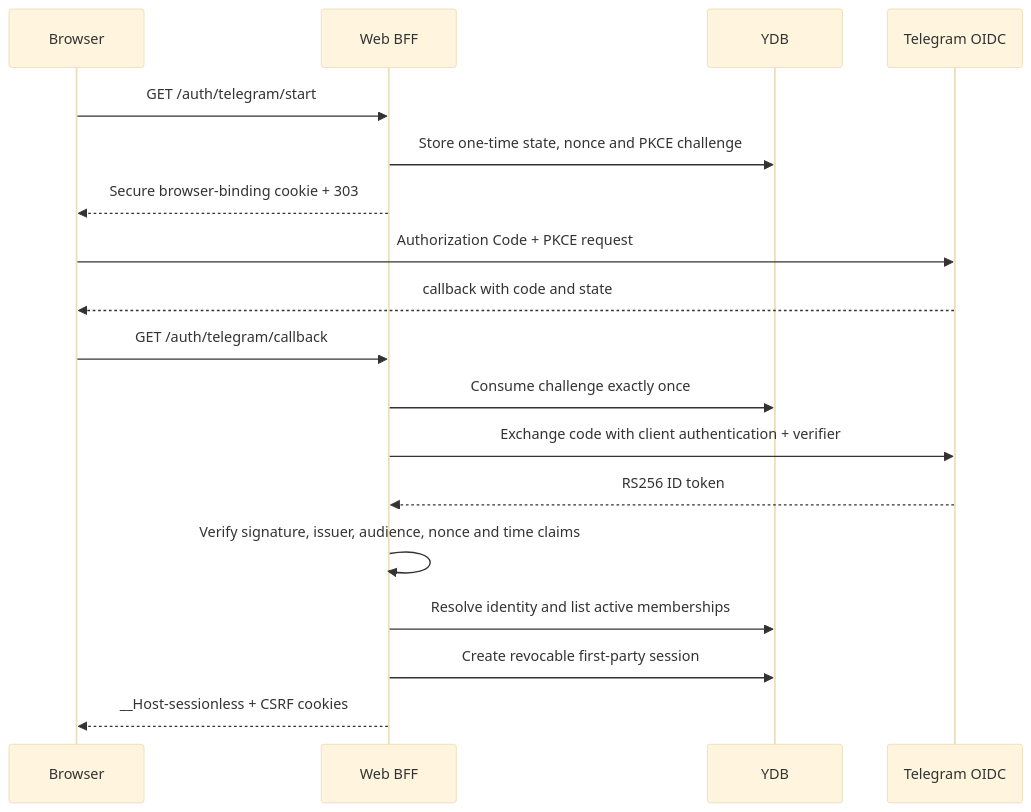
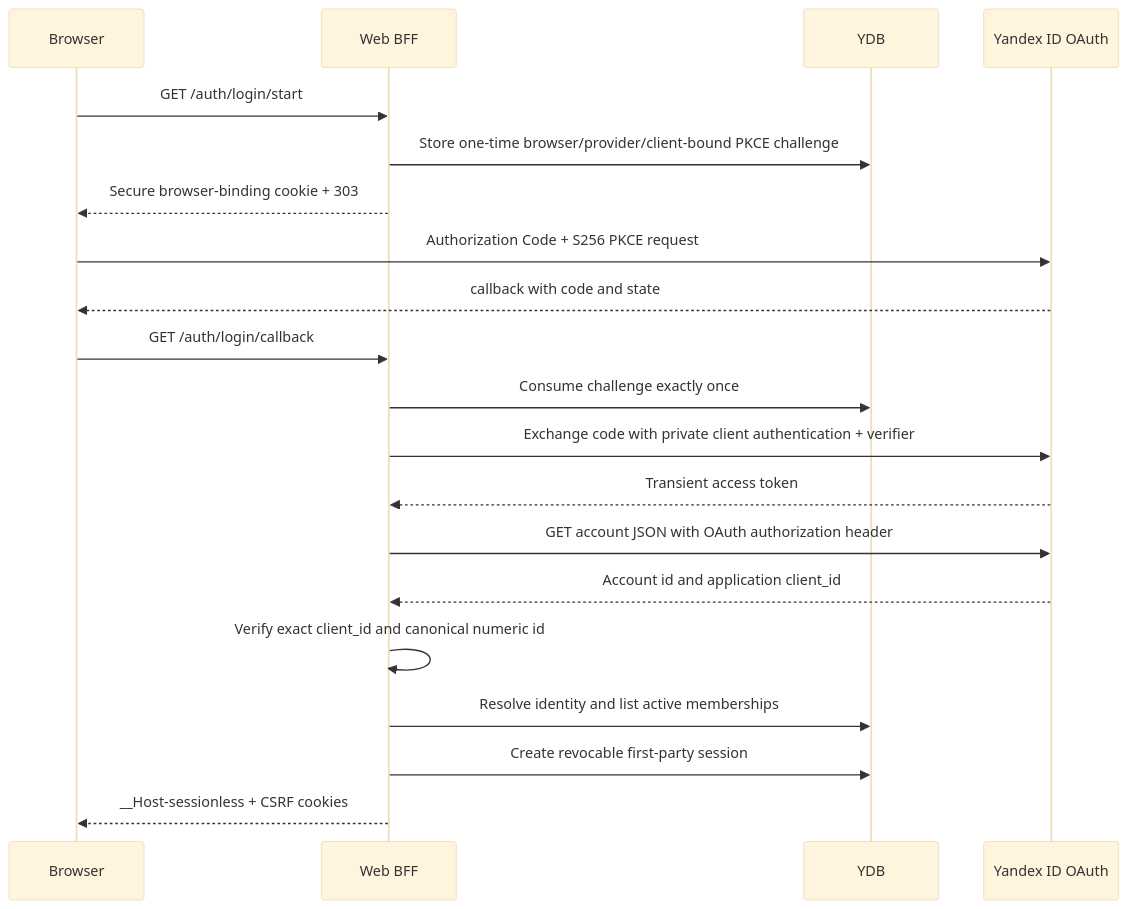
One commit to urandon/sessionless changed the diagram in docs/web-bff.md. Above: the diagram before and after it, drawn with Mermaid (base theme). The commit also changed other lines of this file and 36 other files, not shown here.

Commit message:
feat(web): add Yandex OAuth login and explicit pilot provisioning

````diff
--- a/docs/web-bff.md
+++ b/docs/web-bff.md
@@ -14,21 +15,23 @@
 ```mermaid
 sequenceDiagram
     participant Browser
     participant BFF as Web BFF
     participant YDB
-    participant Telegram as Telegram OIDC
+    participant Yandex as Yandex ID OAuth
 
-    Browser->>BFF: GET /auth/telegram/start
-    BFF->>YDB: Store one-time state, nonce and PKCE challenge
+    Browser->>BFF: GET /auth/login/start
+    BFF->>YDB: Store one-time browser/provider/client-bound PKCE challenge
     BFF-->>Browser: Secure browser-binding cookie + 303
-    Browser->>Telegram: Authorization Code + PKCE request
-    Telegram-->>Browser: callback with code and state
-    Browser->>BFF: GET /auth/telegram/callback
+    Browser->>Yandex: Authorization Code + S256 PKCE request
+    Yandex-->>Browser: callback with code and state
+    Browser->>BFF: GET /auth/login/callback
     BFF->>YDB: Consume challenge exactly once
-    BFF->>Telegram: Exchange code with client authentication + verifier
-    Telegram-->>BFF: RS256 ID token
-    BFF->>BFF: Verify signature, issuer, audience, nonce and time claims
+    BFF->>Yandex: Exchange code with private client authentication + verifier
+    Yandex-->>BFF: Transient access token
+    BFF->>Yandex: GET account JSON with OAuth authorization header
+    Yandex-->>BFF: Account id and application client_id
+    BFF->>BFF: Verify exact client_id and canonical numeric id
     BFF->>YDB: Resolve identity and list active memberships
     BFF->>YDB: Create revocable first-party session
     BFF-->>Browser: __Host-sessionless + CSRF cookies
 ```
````
